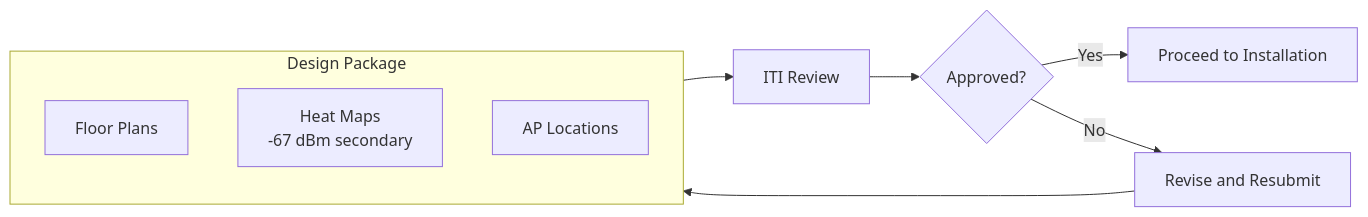
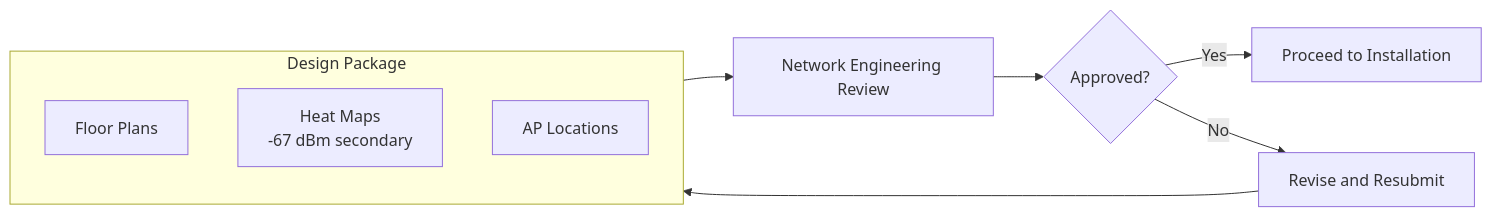
The fifth of 8 diagrams in docs/wifi/design-standards.md (NewOrleansITI/networkstandards), drawn with Mermaid before and after one commit. The commit also changed other lines of this file and 9 other files, not shown here.

````diff
--- a/docs/wifi/design-standards.md
+++ b/docs/wifi/design-standards.md
@@ -267,14 +267,14 @@
 ```mermaid
 flowchart LR
     subgraph SUBMISSION["Design Package"]
         A[Floor Plans]
         B[Heat Maps<br/>-67 dBm secondary]
         C[AP Locations]
     end
 
-    SUBMISSION --> REVIEW[ITI Review]
+    SUBMISSION --> REVIEW[Network Engineering Review]
     REVIEW --> DECISION{Approved?}
     DECISION -->|Yes| INSTALL[Proceed to Installation]
     DECISION -->|No| REVISE[Revise and Resubmit]
     REVISE --> SUBMISSION
 ```
````
